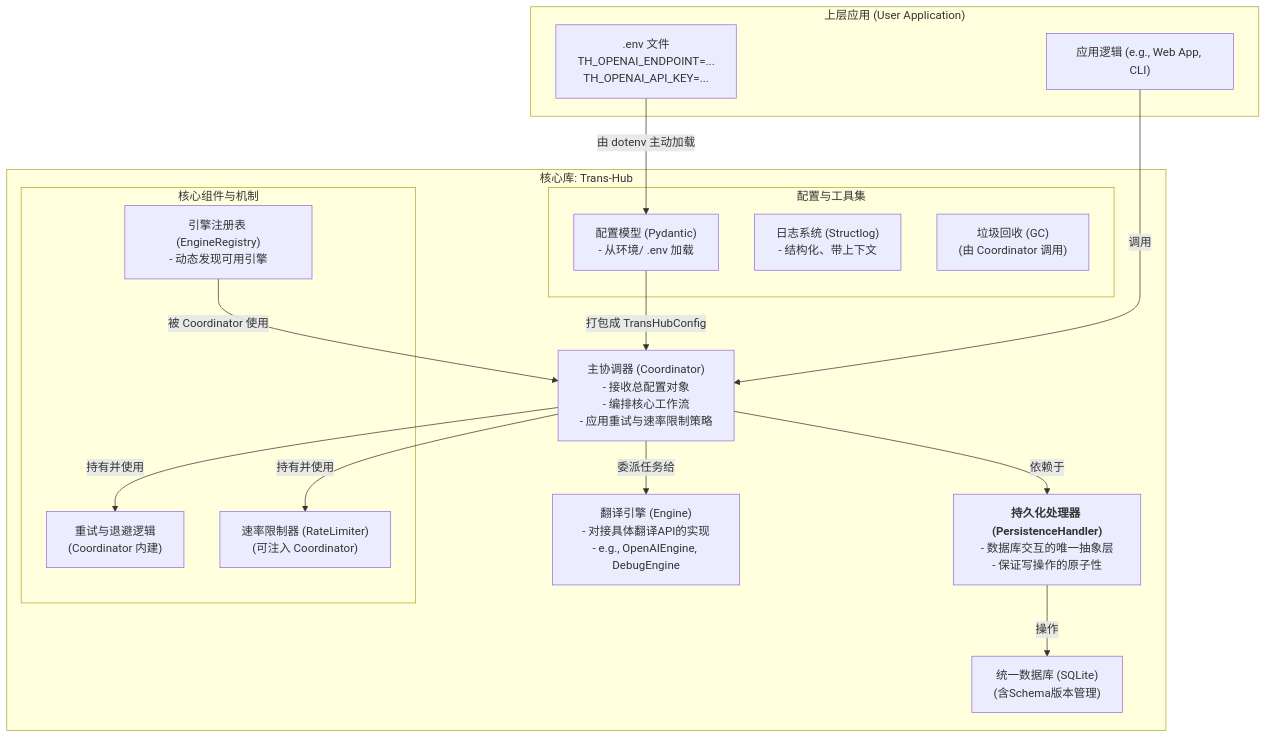
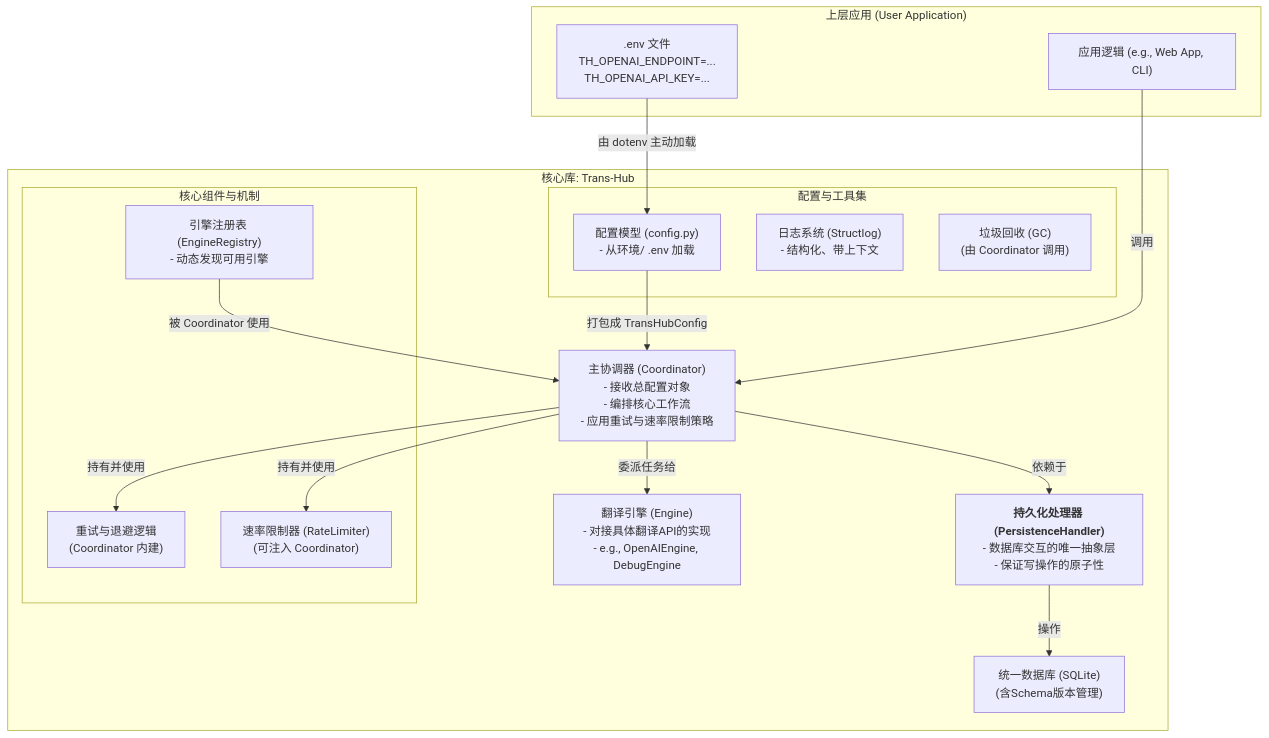
Before and after one commit to SakenW/Trans-Hub: the first of 2 diagrams in docs/trans-hub-core-design.md, drawn with Mermaid. The commit also changed other lines of this file, not shown here.

````diff
--- a/docs/trans-hub-core-design.md
+++ b/docs/trans-hub-core-design.md
@@ -62,35 +48,35 @@
 ```mermaid
 graph TD
     subgraph "上层应用 (User Application)"
         A["应用逻辑 (e.g., Web App, CLI)"]
         G[".env 文件\nTH_OPENAI_ENDPOINT=...\nTH_OPENAI_API_KEY=..."]
     end
 
     subgraph "核心库: Trans-Hub"
         B["主协调器 (Coordinator)\n- 接收总配置对象\n- 编排核心工作流\n- 应用重试与速率限制策略"]
         D["<b>持久化处理器 (PersistenceHandler)</b>\n- 数据库交互的唯一抽象层\n- 保证写操作的原子性"]
         E["翻译引擎 (Engine)\n- 对接具体翻译API的实现\n- e.g., OpenAIEngine, DebugEngine"]
         F["统一数据库 (SQLite)\n(含Schema版本管理)"]
         
         subgraph "核心组件与机制"
             C1["重试与退避逻辑\n(Coordinator 内建)"]
             C2["速率限制器 (RateLimiter)\n(可注入 Coordinator)"]
             C3["引擎注册表 (EngineRegistry)\n- 动态发现可用引擎"]
         end
         
         subgraph "配置与工具集"
-            U1["配置模型 (Pydantic)\n- 从环境/ .env 加载"]
+            U1["配置模型 (config.py)\n- 从环境/ .env 加载"]
             U2["日志系统 (Structlog)\n- 结构化、带上下文"]
             U3["垃圾回收 (GC)\n(由 Coordinator 调用)"]
         end
     end
     
     G -- "由 dotenv 主动加载" --> U1
     U1 -- "打包成 TransHubConfig" --> B
     C3 -- "被 Coordinator 使用" --> B
     A -- "调用" --> B
     B -- "持有并使用" --> C1 & C2
     B -- "依赖于" --> D
     B -- "委派任务给" --> E
     D -- "操作" --> F
 ```
````
